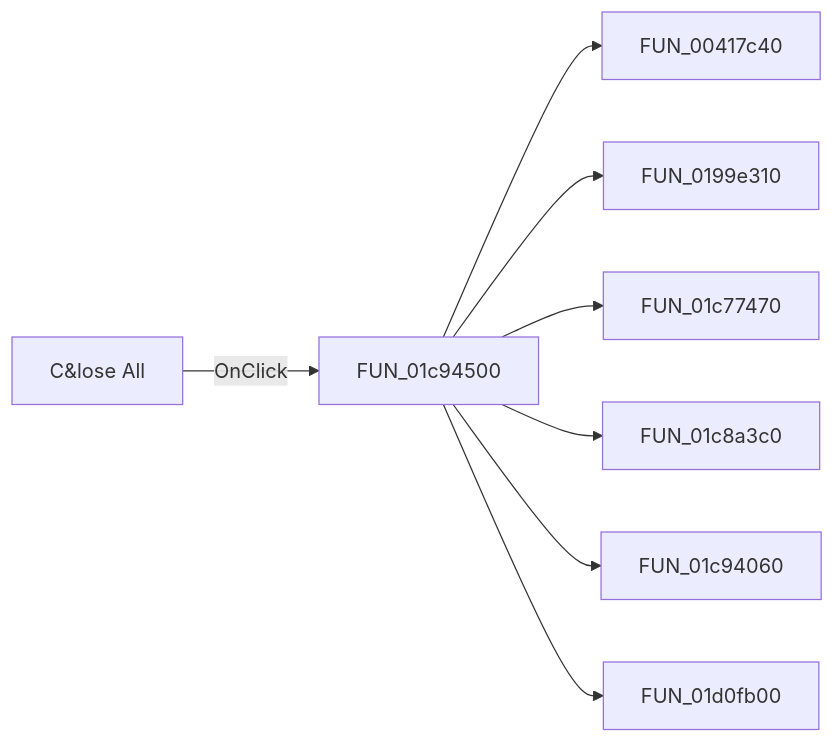
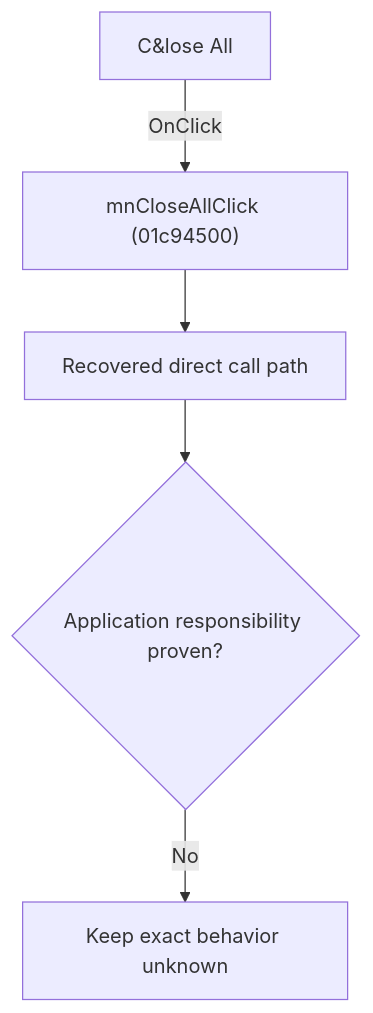
One commit to MovGP0/TIARA changed the diagram in docs/ui-controls/schematiceditor/mncloseall-480c61689d.md. Above: the diagram before and after it, drawn with Mermaid. The commit also changed other lines of this file and 1062 other files, not shown here.

````diff
--- a/docs/ui-controls/schematiceditor/mncloseall-480c61689d.md
+++ b/docs/ui-controls/schematiceditor/mncloseall-480c61689d.md
@@ -27,10 +27,7 @@
 ```mermaid
-flowchart LR
-    control["C&lose All"] -->|OnClick| handler["FUN_01c94500"]
-    handler --> call1["FUN_00417c40"]
-    handler --> call2["FUN_0199e310"]
-    handler --> call3["FUN_01c77470"]
-    handler --> call4["FUN_01c8a3c0"]
-    handler --> call5["FUN_01c94060"]
-    handler --> call6["FUN_01d0fb00"]
+flowchart TD
+    control["C&lose All"] -->|"OnClick"| handler["mnCloseAllClick (01c94500)"]
+    handler --> recovered["Recovered direct call path"]
+    recovered --> gap{"Application responsibility proven?"}
+    gap -->|"No"| blocked["Keep exact behavior unknown"]
 ```
````
